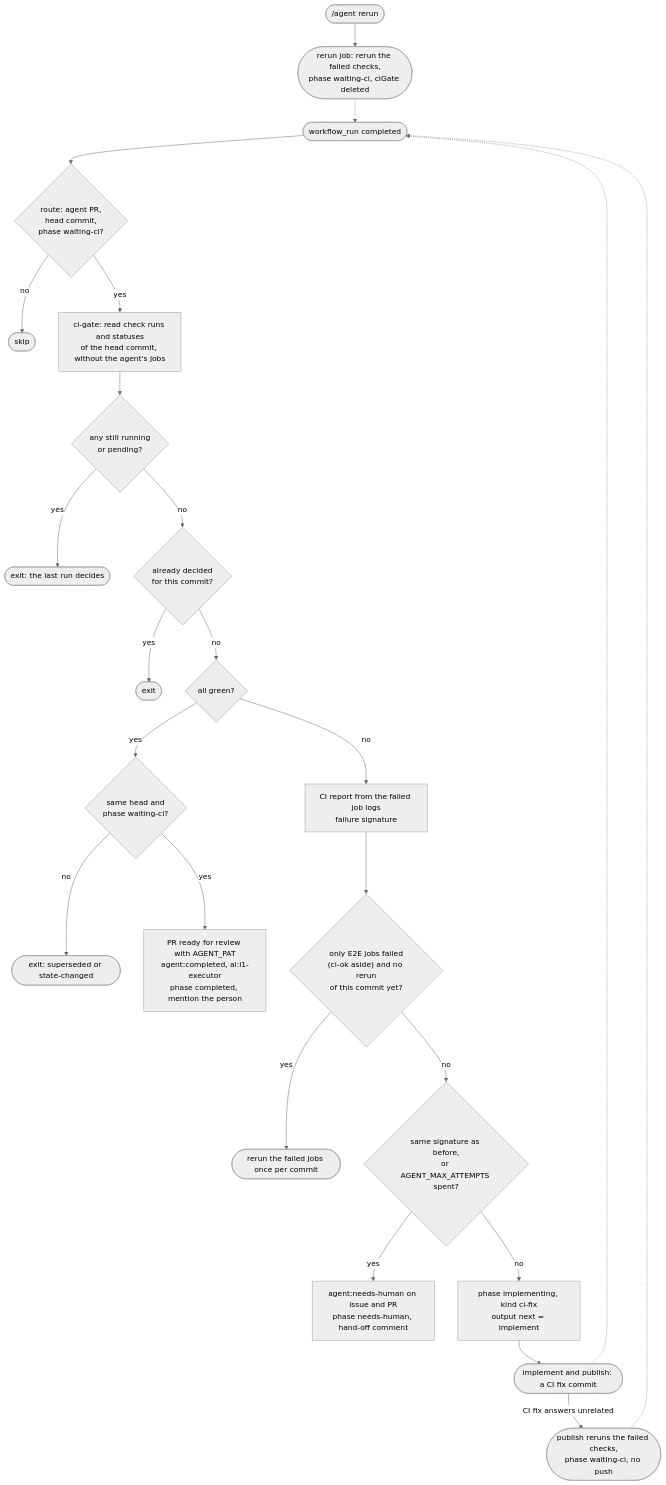
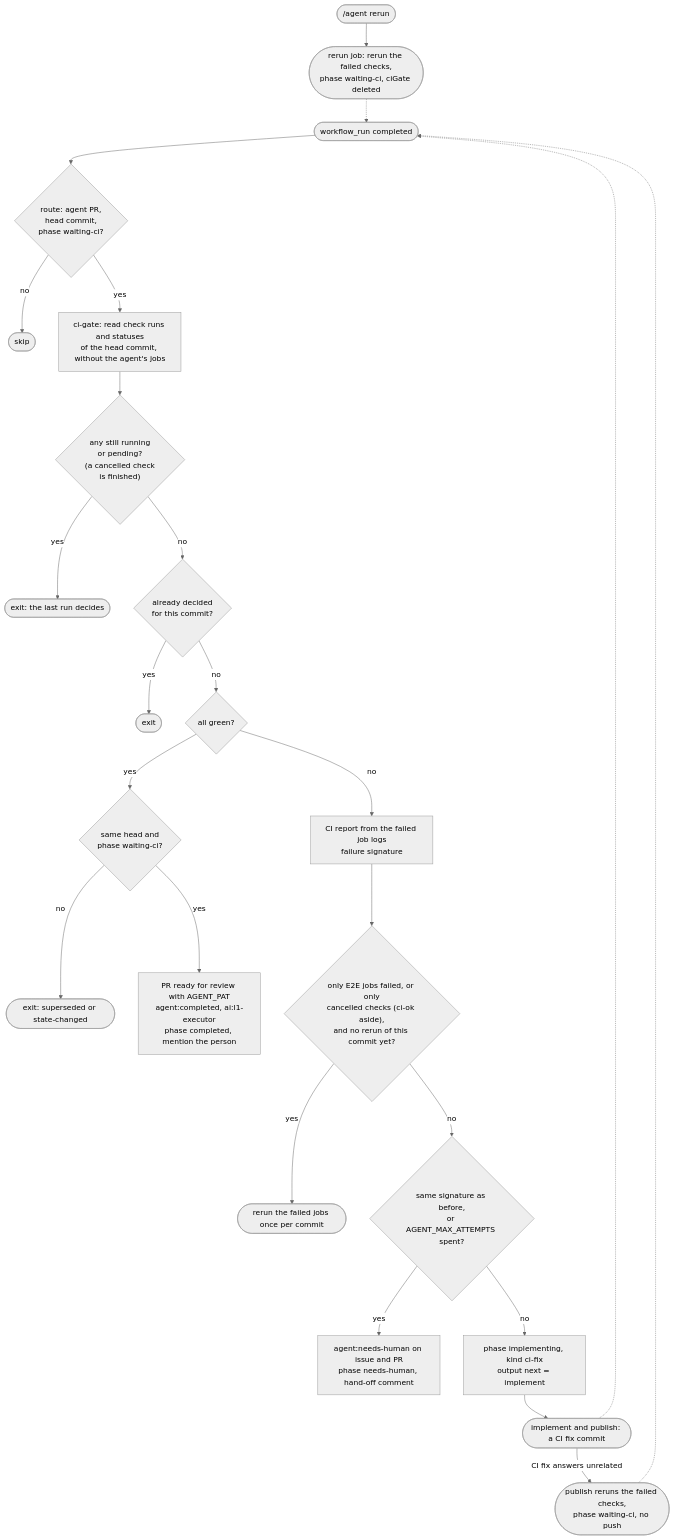
One commit to Netcracker/qubership-apihub changed the seventh of 11 diagrams in docs/internal/autonomous-agent/architecture.md. Above: the diagram before and after it, drawn with Mermaid (neutral theme). The commit also changed other lines of this file and 15 other files, not shown here.

First line of the commit message:
feat(ci): run one agent command at a time and treat cancelled checks as finished

````diff
--- a/docs/internal/autonomous-agent/architecture.md
+++ b/docs/internal/autonomous-agent/architecture.md
@@ -400,26 +427,26 @@
 ```mermaid
 flowchart TB
   START(["workflow_run completed"]) --> R{"route: agent PR,<br/>head commit,<br/>phase waiting-ci?"}
   R -- no --> SKIP(["skip"])
   R -- yes --> READ["ci-gate: read check runs and statuses<br/>of the head commit, without the agent's jobs"]
-  READ --> PENDING{"any still running<br/>or pending?"}
+  READ --> PENDING{"any still running<br/>or pending?<br/>(a cancelled check<br/>is finished)"}
   PENDING -- yes --> WAIT(["exit: the last run decides"])
   PENDING -- no --> DONE{"already decided<br/>for this commit?"}
   DONE -- yes --> EXIT1(["exit"])
   DONE -- no --> GREEN{"all green?"}
   GREEN -- yes --> FRESH1{"same head and<br/>phase waiting-ci?"}
   FRESH1 -- no --> SUP(["exit: superseded or state-changed"])
   FRESH1 -- yes --> READY["PR ready for review with AGENT_PAT<br/>agent:completed, ai:l1-executor<br/>phase completed, mention the person"]
   GREEN -- no --> REPORT["CI report from the failed job logs<br/>failure signature"]
-  REPORT --> E2E{"only E2E jobs failed<br/>(ci-ok aside) and no rerun<br/>of this commit yet?"}
+  REPORT --> E2E{"only E2E jobs failed, or only<br/>cancelled checks (ci-ok aside),<br/>and no rerun of this commit yet?"}
   E2E -- yes --> RERUN(["rerun the failed jobs once per commit"])
   E2E -- no --> RULE{"same signature as before,<br/>or AGENT_MAX_ATTEMPTS spent?"}
   RULE -- yes --> HAND["agent:needs-human on issue and PR<br/>phase needs-human, hand-off comment"]
   RULE -- no --> NEXT["phase implementing, kind ci-fix<br/>output next = implement"]
   NEXT --> IMPL(["implement and publish: a CI fix commit"])
   IMPL -.-> START
   IMPL -- "CI fix answers unrelated" --> UNREL(["publish reruns the failed checks,<br/>phase waiting-ci, no push"])
   UNREL -.-> START
   PERSON(["/agent rerun"]) --> RERUNJOB(["rerun job: rerun the failed checks,<br/>phase waiting-ci, ciGate deleted"])
   RERUNJOB -.-> START
 ```
````
